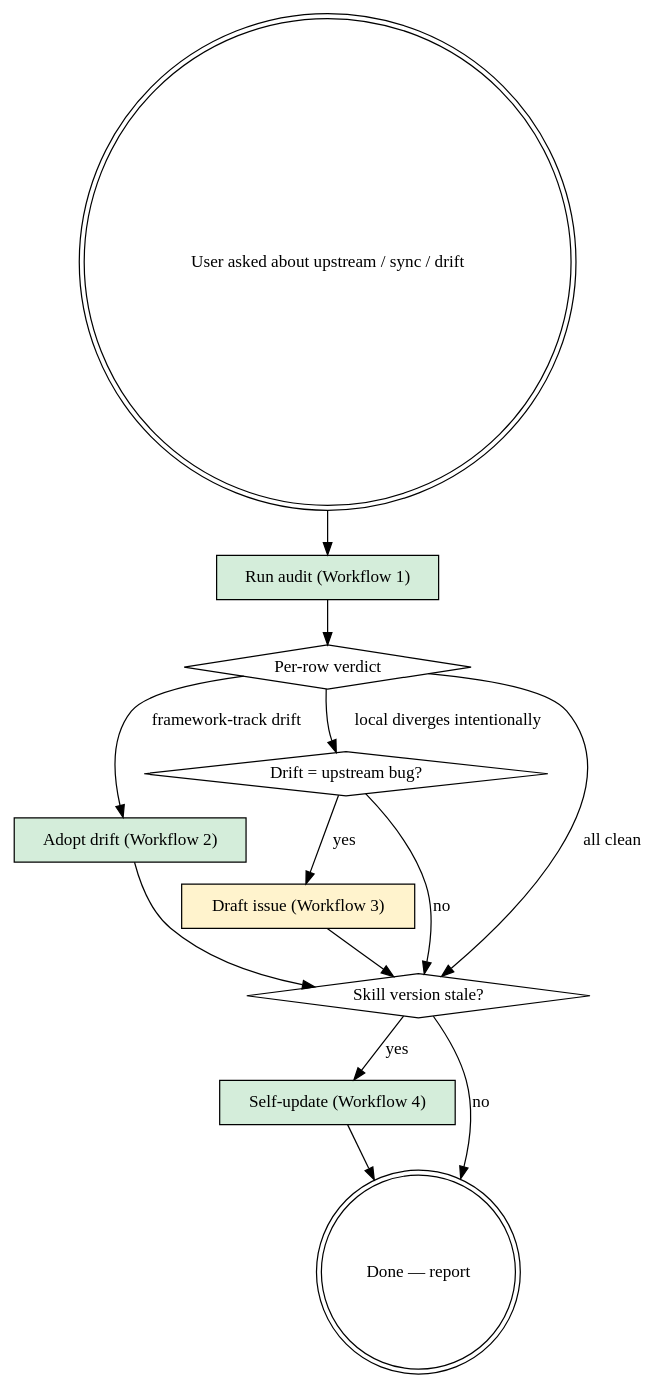
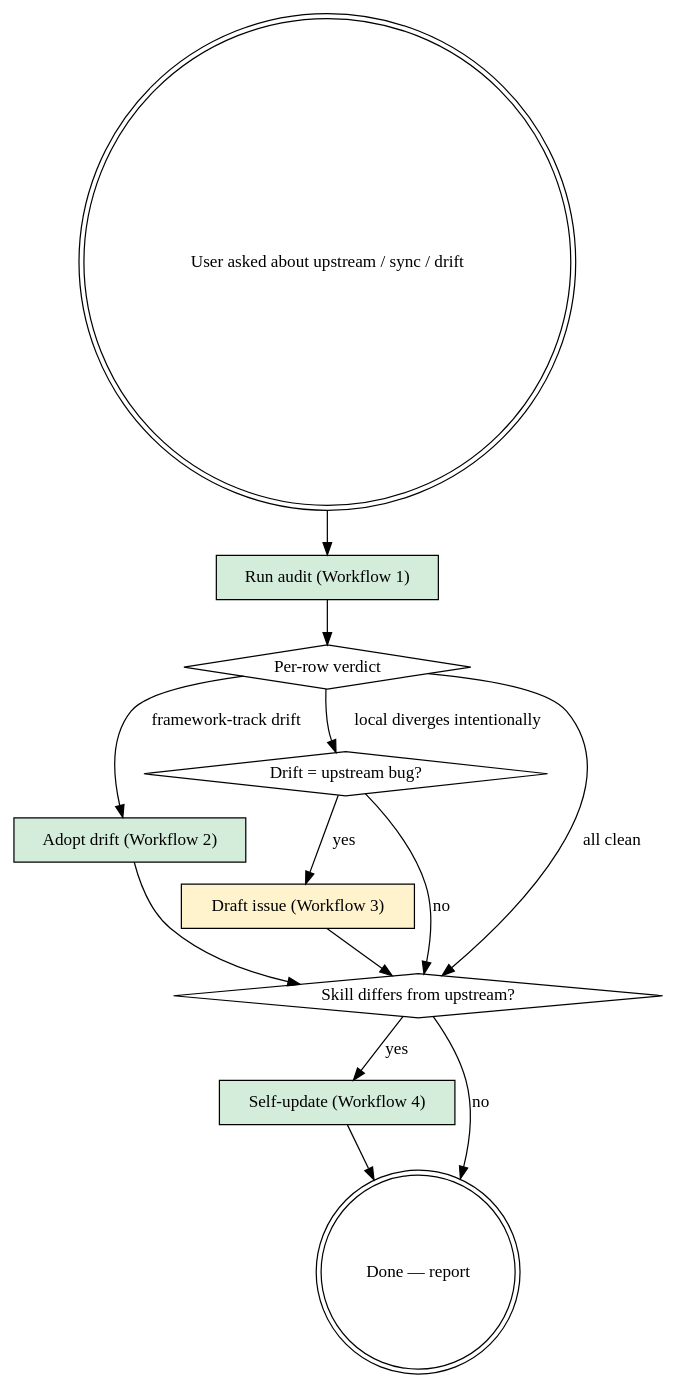
The diagram in claude-code/.claude/skills/devcontainer-upstream-sync/SKILL.md (gatezh/devcontainers), drawn with Graphviz before and after one commit. The commit also changed other lines of this file and 1 other file, not shown here.

First line of the commit message:
fix(claude-code): detect upstream-sync skill edits without a version bump

````diff
--- a/claude-code/.claude/skills/devcontainer-upstream-sync/SKILL.md
+++ b/claude-code/.claude/skills/devcontainer-upstream-sync/SKILL.md
@@ -27,27 +27,27 @@
 ```dot
 digraph upstream_sync {
   rankdir=TB;
   "User asked about upstream / sync / drift" [shape=doublecircle];
   "Run audit (Workflow 1)" [shape=box, style=filled, fillcolor="#d4edda"];
   "Per-row verdict" [shape=diamond];
   "Adopt drift (Workflow 2)" [shape=box, style=filled, fillcolor="#d4edda"];
   "Drift = upstream bug?" [shape=diamond];
   "Draft issue (Workflow 3)" [shape=box, style=filled, fillcolor="#fff3cd"];
-  "Skill version stale?" [shape=diamond];
+  "Skill differs from upstream?" [shape=diamond];
   "Self-update (Workflow 4)" [shape=box, style=filled, fillcolor="#d4edda"];
   "Done — report" [shape=doublecircle];
 
   "User asked about upstream / sync / drift" -> "Run audit (Workflow 1)";
   "Run audit (Workflow 1)" -> "Per-row verdict";
   "Per-row verdict" -> "Adopt drift (Workflow 2)" [label="framework-track drift"];
   "Per-row verdict" -> "Drift = upstream bug?" [label="local diverges intentionally"];
-  "Per-row verdict" -> "Skill version stale?" [label="all clean"];
+  "Per-row verdict" -> "Skill differs from upstream?" [label="all clean"];
   "Drift = upstream bug?" -> "Draft issue (Workflow 3)" [label="yes"];
-  "Drift = upstream bug?" -> "Skill version stale?" [label="no"];
-  "Adopt drift (Workflow 2)" -> "Skill version stale?";
-  "Draft issue (Workflow 3)" -> "Skill version stale?";
-  "Skill version stale?" -> "Self-update (Workflow 4)" [label="yes"];
-  "Skill version stale?" -> "Done — report" [label="no"];
+  "Drift = upstream bug?" -> "Skill differs from upstream?" [label="no"];
+  "Adopt drift (Workflow 2)" -> "Skill differs from upstream?";
+  "Draft issue (Workflow 3)" -> "Skill differs from upstream?";
+  "Skill differs from upstream?" -> "Self-update (Workflow 4)" [label="yes"];
+  "Skill differs from upstream?" -> "Done — report" [label="no"];
   "Self-update (Workflow 4)" -> "Done — report";
 }
 ```
````
